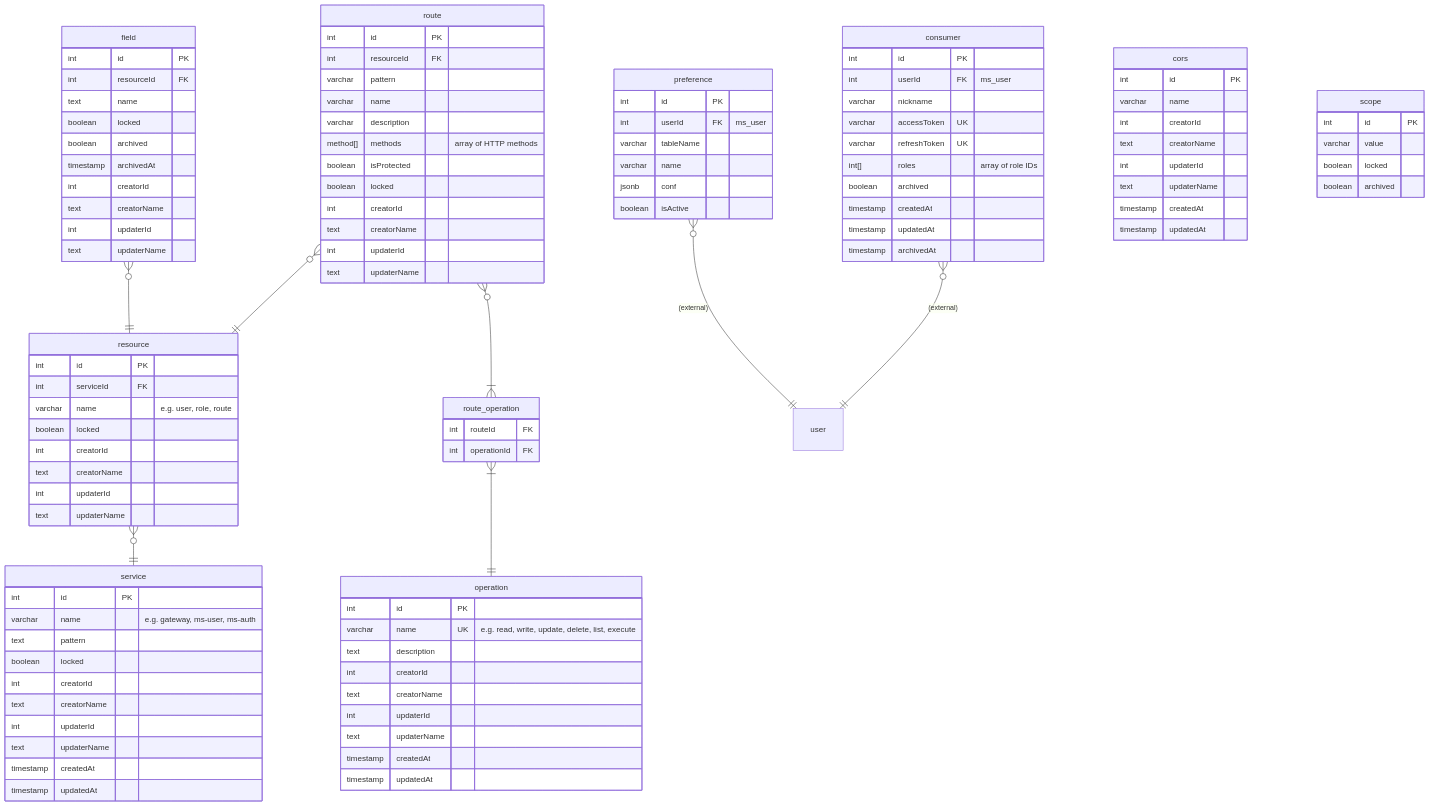
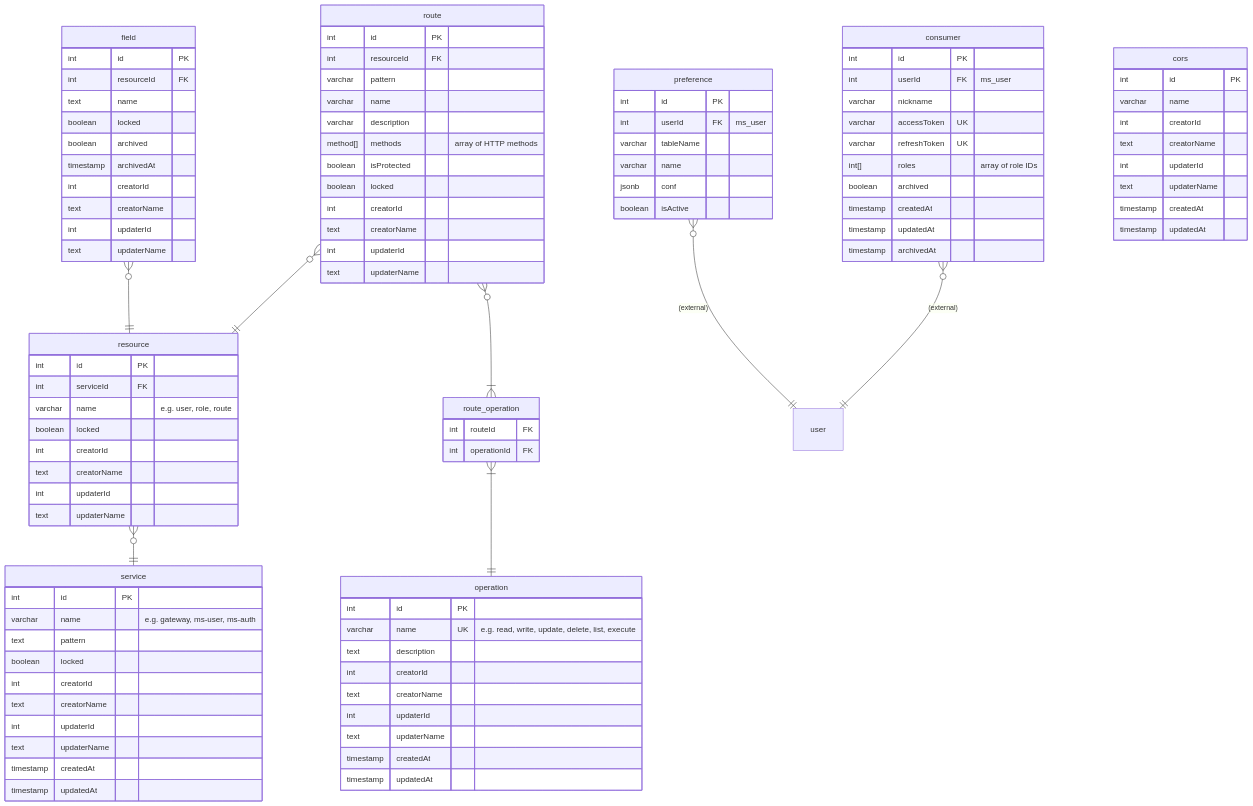
The diagram in doc/erd.md (ALTEN-group/Gatelin), drawn with Mermaid before and after one commit. The commit also changed 4 other files, not shown here.

```diff
--- a/doc/erd.md
+++ b/doc/erd.md
@@ -107,13 +107,6 @@
     text updaterName
   }
 
-  scope {
-    int id PK
-    varchar value
-    boolean locked
-    boolean archived
-  }
-
   preference {
     int id PK
     int userId FK "ms_user"
```
